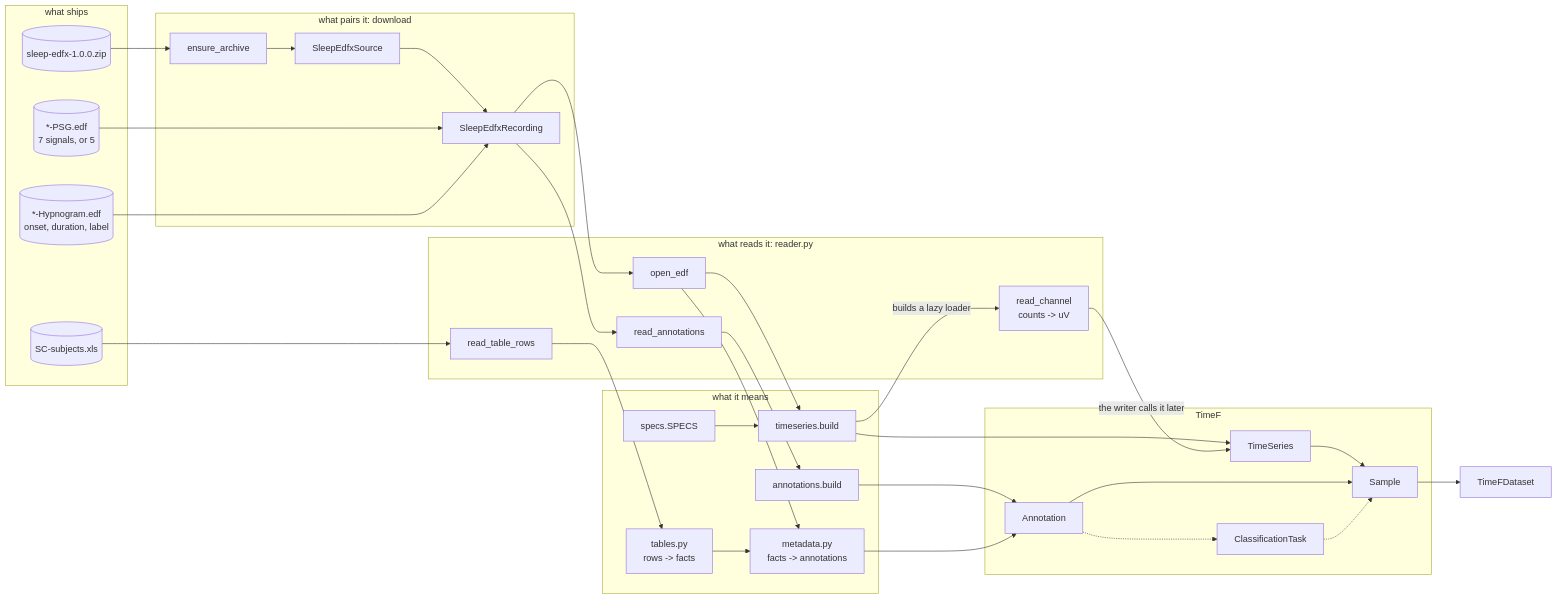
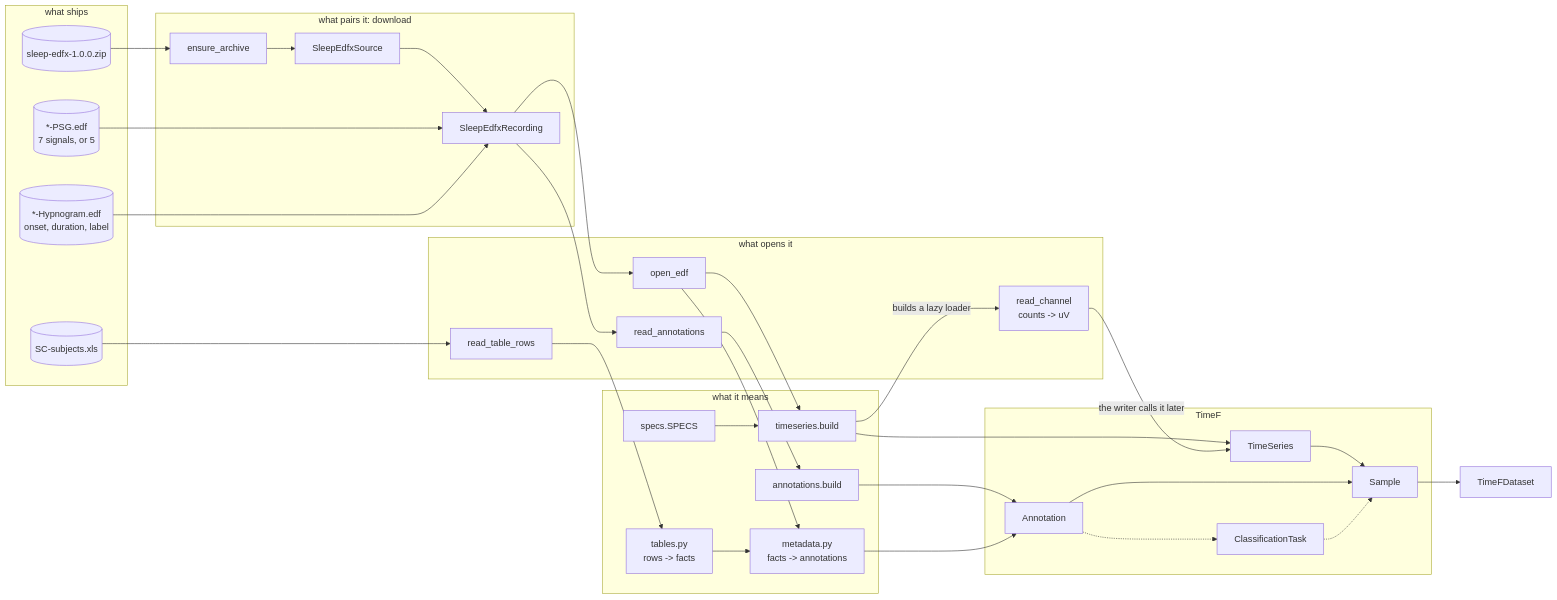
One commit to OpenTSLM/TimeNet changed the diagram in .agents/skills/add-dataset-connector/references/discovery.md. Above: the diagram before and after it, drawn with Mermaid. The commit also changed 5 other files, not shown here.

````diff
--- a/.agents/skills/add-dataset-connector/references/discovery.md
+++ b/.agents/skills/add-dataset-connector/references/discovery.md
@@ -160,51 +160,51 @@
 ```mermaid
 flowchart LR
     subgraph src["what ships"]
         zip[("sleep-edfx-1.0.0.zip")]
         psg[("*-PSG.edf<br/>7 signals, or 5")]
         hyp[("*-Hypnogram.edf<br/>onset, duration, label")]
         tbl[("SC-subjects.xls")]
     end
     subgraph pair["what pairs it: download"]
         arc["ensure_archive"]
         hnd["SleepEdfxSource"]
         rec["SleepEdfxRecording"]
     end
-    subgraph read["what reads it: reader.py"]
+    subgraph read["what opens it"]
         edf["open_edf"]
         chn["read_channel<br/>counts -> uV"]
         anr["read_annotations"]
         row["read_table_rows"]
     end
     subgraph mean["what it means"]
         spc["specs.SPECS"]
         bld["timeseries.build"]
         stg["annotations.build"]
         tab["tables.py<br/>rows -> facts"]
         met["metadata.py<br/>facts -> annotations"]
     end
     subgraph out["TimeF"]
         ts["TimeSeries"]
         ann["Annotation"]
         tsk["ClassificationTask"]
         smp["Sample"]
     end
     zip --> arc --> hnd --> rec
     psg --> rec
     hyp --> rec
     rec --> edf
     rec --> anr
     edf --> bld
     spc --> bld
     bld --> ts
     bld -->|"builds a lazy loader"| chn
     chn -->|"the writer calls it later"| ts
     anr --> stg --> ann
     tbl --> row --> tab --> met
     edf --> met
     met --> ann
     ts --> smp
     ann --> smp
     ann -.-> tsk -.-> smp
     smp --> ds["TimeFDataset"]
 ```
````
